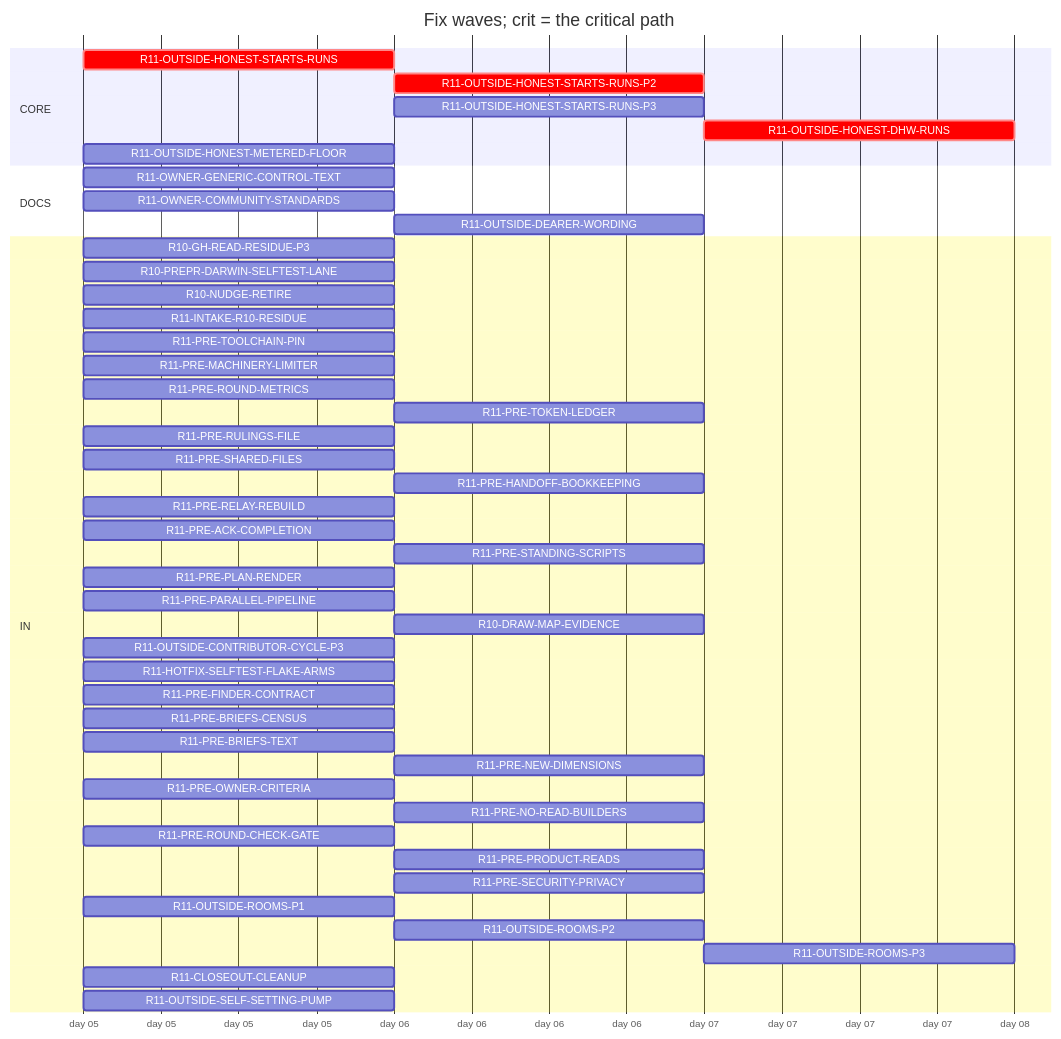
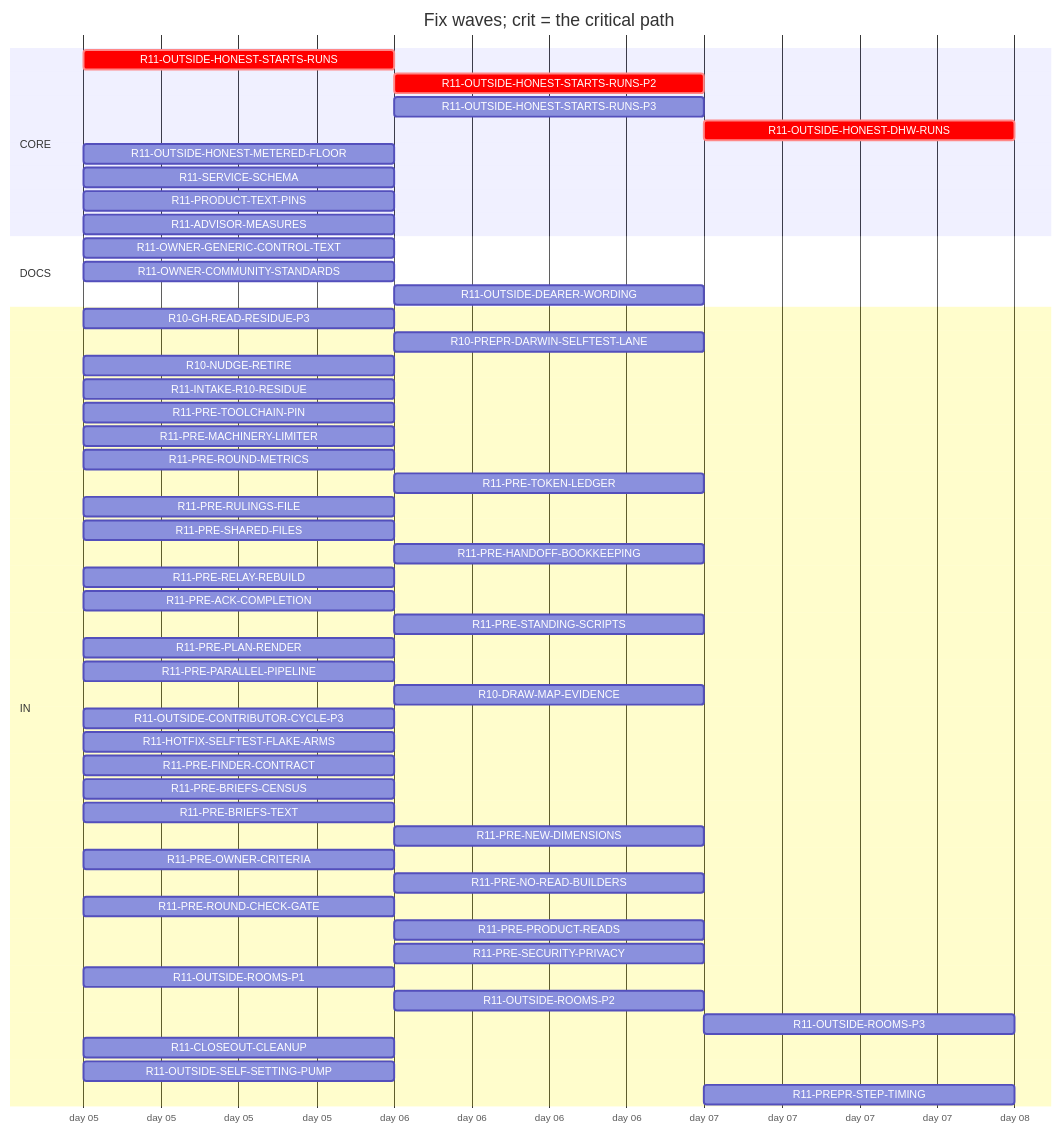
The diagram in handoff/round11/state/PLAN-TABLE.md (tvofi/heatpump_optimizer), drawn with Mermaid before and after one commit. The commit also changed other lines of this file and 4 other files, not shown here.

Commit message:
state: FLOW-BOARD.md, NEXT-SESSION-PROMPT.md, PLAN-TABLE.md, PLAN.html, RESUME-CURRENT.md regenerated (state_docs.py)

````diff
--- a/handoff/round11/state/PLAN-TABLE.md
+++ b/handoff/round11/state/PLAN-TABLE.md
@@ -16,50 +16,54 @@
 ```mermaid
 gantt
   title Fix waves; crit = the critical path
   dateFormat YYYY-MM-DD
   axisFormat day %d
   section CORE
     R11-OUTSIDE-HONEST-STARTS-RUNS :crit, r11OUTSIDEHONESTSTARTSRUNS, 2026-01-05, 1d
     R11-OUTSIDE-HONEST-STARTS-RUNS-P2 :crit, r11OUTSIDEHONESTSTARTSRUNSP2, after r11OUTSIDEHONESTSTARTSRUNS, 1d
     R11-OUTSIDE-HONEST-STARTS-RUNS-P3 :r11OUTSIDEHONESTSTARTSRUNSP3, after r11OUTSIDEHONESTSTARTSRUNS, 1d
     R11-OUTSIDE-HONEST-DHW-RUNS :crit, r11OUTSIDEHONESTDHWRUNS, after r11OUTSIDEHONESTSTARTSRUNS r11OUTSIDEHONESTSTARTSRUNSP2, 1d
     R11-OUTSIDE-HONEST-METERED-FLOOR :r11OUTSIDEHONESTMETEREDFLOOR, 2026-01-05, 1d
+    R11-SERVICE-SCHEMA :r11SERVICESCHEMA, 2026-01-05, 1d
+    R11-PRODUCT-TEXT-PINS :r11PRODUCTTEXTPINS, 2026-01-05, 1d
+    R11-ADVISOR-MEASURES :r11ADVISORMEASURES, 2026-01-05, 1d
   section DOCS
     R11-OWNER-GENERIC-CONTROL-TEXT :r11OWNERGENERICCONTROLTEXT, 2026-01-05, 1d
     R11-OWNER-COMMUNITY-STANDARDS :r11OWNERCOMMUNITYSTANDARDS, 2026-01-05, 1d
     R11-OUTSIDE-DEARER-WORDING :r11OUTSIDEDEARERWORDING, after r11OWNERGENERICCONTROLTEXT, 1d
   section IN
     R10-GH-READ-RESIDUE-P3 :r10GHREADRESIDUEP3, 2026-01-05, 1d
-    R10-PREPR-DARWIN-SELFTEST-LANE :r10PREPRDARWINSELFTESTLANE, 2026-01-05, 1d
+    R10-PREPR-DARWIN-SELFTEST-LANE :r10PREPRDARWINSELFTESTLANE, after r10GHREADRESIDUEP3, 1d
     R10-NUDGE-RETIRE :r10NUDGERETIRE, 2026-01-05, 1d
     R11-INTAKE-R10-RESIDUE :r11INTAKER10RESIDUE, 2026-01-05, 1d
     R11-PRE-TOOLCHAIN-PIN :r11PRETOOLCHAINPIN, 2026-01-05, 1d
     R11-PRE-MACHINERY-LIMITER :r11PREMACHINERYLIMITER, 2026-01-05, 1d
     R11-PRE-ROUND-METRICS :r11PREROUNDMETRICS, 2026-01-05, 1d
     R11-PRE-TOKEN-LEDGER :r11PRETOKENLEDGER, after r10GHREADRESIDUEP3, 1d
     R11-PRE-RULINGS-FILE :r11PRERULINGSFILE, 2026-01-05, 1d
     R11-PRE-SHARED-FILES :r11PRESHAREDFILES, 2026-01-05, 1d
     R11-PRE-HANDOFF-BOOKKEEPING :r11PREHANDOFFBOOKKEEPING, after r11PRERELAYREBUILD, 1d
     R11-PRE-RELAY-REBUILD :r11PRERELAYREBUILD, 2026-01-05, 1d
     R11-PRE-ACK-COMPLETION :r11PREACKCOMPLETION, 2026-01-05, 1d
     R11-PRE-STANDING-SCRIPTS :r11PRESTANDINGSCRIPTS, after r11PREPARALLELPIPELINE, 1d
     R11-PRE-PLAN-RENDER :r11PREPLANRENDER, 2026-01-05, 1d
     R11-PRE-PARALLEL-PIPELINE :r11PREPARALLELPIPELINE, 2026-01-05, 1d
     R10-DRAW-MAP-EVIDENCE :r10DRAWMAPEVIDENCE, after r11OUTSIDESELFSETTINGPUMP, 1d
     R11-OUTSIDE-CONTRIBUTOR-CYCLE-P3 :r11OUTSIDECONTRIBUTORCYCLEP3, 2026-01-05, 1d
     R11-HOTFIX-SELFTEST-FLAKE-ARMS :r11HOTFIXSELFTESTFLAKEARMS, 2026-01-05, 1d
     R11-PRE-FINDER-CONTRACT :r11PREFINDERCONTRACT, 2026-01-05, 1d
     R11-PRE-BRIEFS-CENSUS :r11PREBRIEFSCENSUS, 2026-01-05, 1d
     R11-PRE-BRIEFS-TEXT :r11PREBRIEFSTEXT, 2026-01-05, 1d
     R11-PRE-NEW-DIMENSIONS :r11PRENEWDIMENSIONS, after r11PREFINDERCONTRACT r11PREBRIEFSCENSUS, 1d
     R11-PRE-OWNER-CRITERIA :r11PREOWNERCRITERIA, 2026-01-05, 1d
     R11-PRE-NO-READ-BUILDERS :r11PRENOREADBUILDERS, after r11PREMACHINERYLIMITER, 1d
     R11-PRE-ROUND-CHECK-GATE :r11PREROUNDCHECKGATE, 2026-01-05, 1d
     R11-PRE-PRODUCT-READS :r11PREPRODUCTREADS, after r11PREBRIEFSCENSUS, 1d
     R11-PRE-SECURITY-PRIVACY :r11PRESECURITYPRIVACY, after r11PREFINDERCONTRACT r11PREBRIEFSCENSUS, 1d
     R11-OUTSIDE-ROOMS-P1 :r11OUTSIDEROOMSP1, 2026-01-05, 1d
     R11-OUTSIDE-ROOMS-P2 :r11OUTSIDEROOMSP2, after r11OUTSIDEROOMSP1, 1d
     R11-OUTSIDE-ROOMS-P3 :r11OUTSIDEROOMSP3, after r11OUTSIDEROOMSP2, 1d
     R11-CLOSEOUT-CLEANUP :r11CLOSEOUTCLEANUP, 2026-01-05, 1d
     R11-OUTSIDE-SELF-SETTING-PUMP :r11OUTSIDESELFSETTINGPUMP, 2026-01-05, 1d
+    R11-PREPR-STEP-TIMING :r11PREPRSTEPTIMING, after r10PREPRDARWINSELFTESTLANE, 1d
 ```
````
